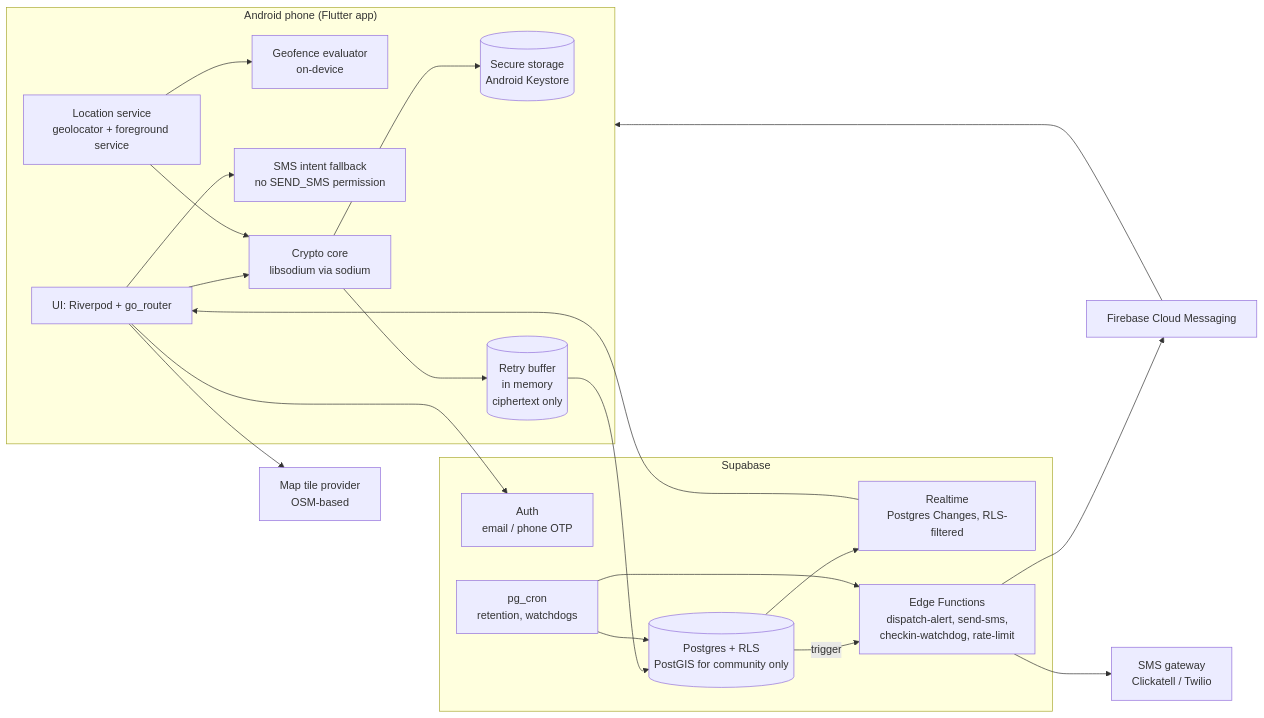
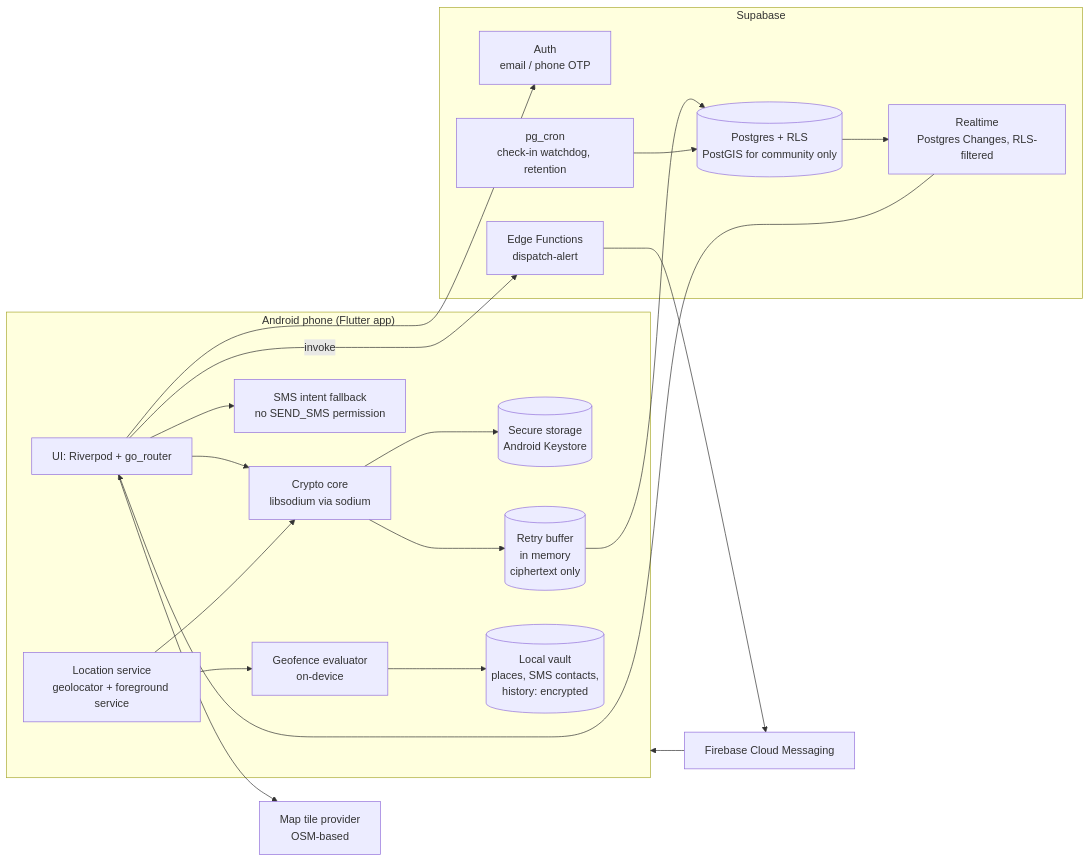
Before and after one commit to 1ungaka/AfriSafety: the first of 4 diagrams in docs/architecture.md, drawn with Mermaid. The commit also changed other lines of this file and 6 other files, not shown here.

Commit message:
Docs: Phase 2 architecture, security evidence, privacy policy, setup and battery strategy

````diff
--- a/docs/architecture.md
+++ b/docs/architecture.md
@@ -34,36 +34,35 @@
 ```mermaid
 flowchart LR
   subgraph Phone["Android phone (Flutter app)"]
     UI[UI: Riverpod + go_router]
     LOC[Location service<br/>geolocator + foreground service]
     GEO[Geofence evaluator<br/>on-device]
     CRY[Crypto core<br/>libsodium via sodium]
     KS[(Secure storage<br/>Android Keystore)]
     Q[(Retry buffer<br/>in memory<br/>ciphertext only)]
+    V[(Local vault<br/>places, SMS contacts,<br/>history: encrypted)]
     SMSI[SMS intent fallback<br/>no SEND_SMS permission]
   end
 
   subgraph Supabase
     AUTH[Auth<br/>email / phone OTP]
     PG[(Postgres + RLS<br/>PostGIS for community only)]
     RT[Realtime<br/>Postgres Changes, RLS-filtered]
-    EF[Edge Functions<br/>dispatch-alert, send-sms,<br/>checkin-watchdog, rate-limit]
-    CRON[pg_cron<br/>retention, watchdogs]
+    EF[Edge Functions<br/>dispatch-alert]
+    CRON[pg_cron<br/>check-in watchdog, retention]
   end
 
   FCM[Firebase Cloud Messaging]
-  SMSGW[SMS gateway<br/>Clickatell / Twilio]
   TILES[Map tile provider<br/>OSM-based]
 
   UI --> CRY --> KS
+  GEO --> V
   LOC --> GEO
   LOC --> CRY --> Q --> PG
   PG --> RT --> UI
   UI --> AUTH
-  PG -- trigger --> EF --> FCM --> Phone
-  EF --> SMSGW
+  UI -- invoke --> EF --> FCM --> Phone
   CRON --> PG
-  CRON --> EF
   UI --> TILES
   UI --> SMSI
 ```
````
